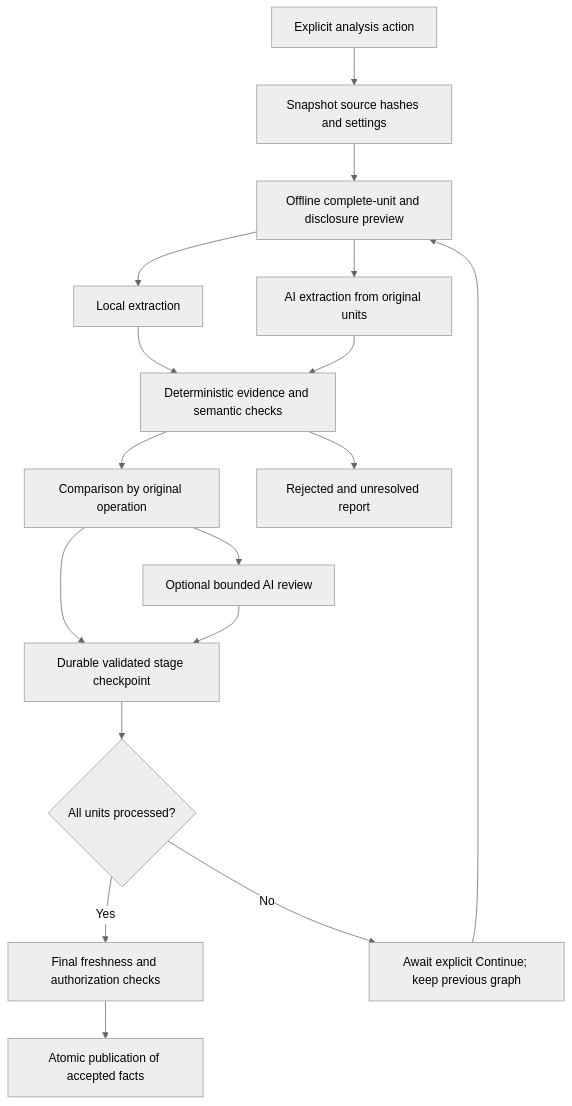
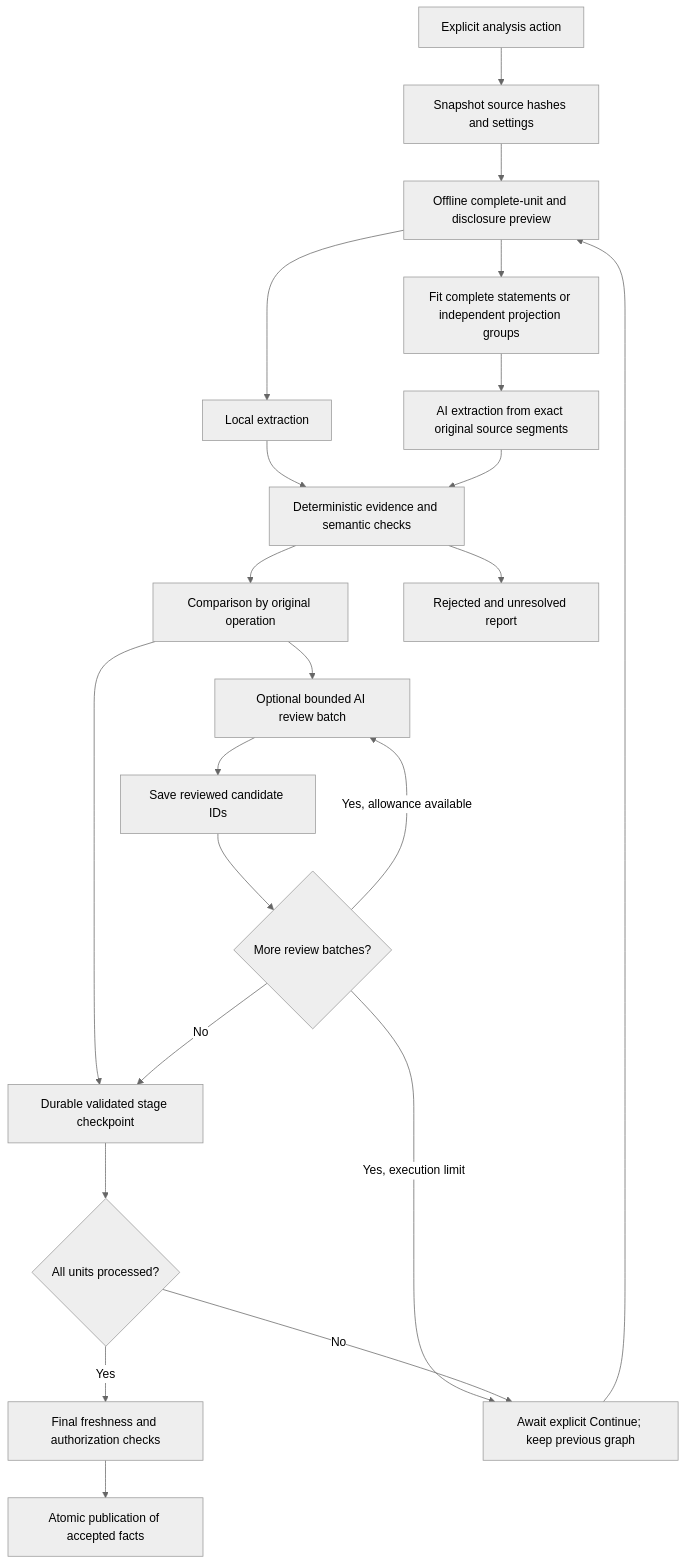
One commit to SahasilAK/GraveTrail changed the diagram in docs/AI_ANALYSIS.md. Above: the diagram before and after it, drawn with Mermaid (neutral theme). The commit also changed other lines of this file and 27 other files, not shown here.

First line of the commit message:
feat(ai): scale semantic tasks and review batches

````diff
--- a/docs/AI_ANALYSIS.md
+++ b/docs/AI_ANALYSIS.md
@@ -27,20 +27,25 @@
 ```mermaid
 flowchart TD
     A[Explicit analysis action] --> B[Snapshot source hashes and settings]
     B --> C[Offline complete-unit and disclosure preview]
     C --> D[Local extraction]
-    C --> E[AI extraction from original units]
+    C --> P[Fit complete statements or independent projection groups]
+    P --> E[AI extraction from exact original source segments]
     D --> F[Deterministic evidence and semantic checks]
     E --> F
     F --> G[Comparison by original operation]
-    G --> H[Optional bounded AI review]
+    G --> H[Optional bounded AI review batch]
     G --> L
     I[Final freshness and authorization checks]
-    H --> L[Durable validated stage checkpoint]
+    H --> R[Save reviewed candidate IDs]
+    R --> S{More review batches?}
+    S -->|Yes, allowance available| H
+    S -->|Yes, execution limit| N
+    S -->|No| L[Durable validated stage checkpoint]
     L --> M{All units processed?}
     M -->|No| N[Await explicit Continue; keep previous graph]
     N --> C
     M -->|Yes| I
     I --> J[Atomic publication of accepted facts]
     F --> K[Rejected and unresolved report]
 ```
````
